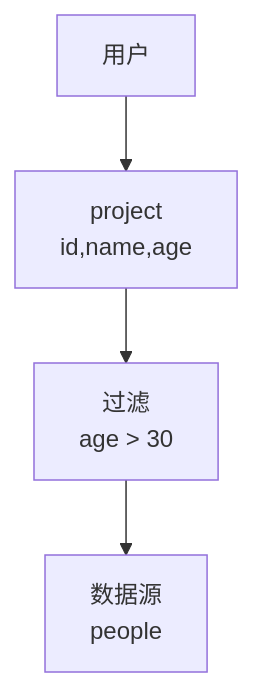
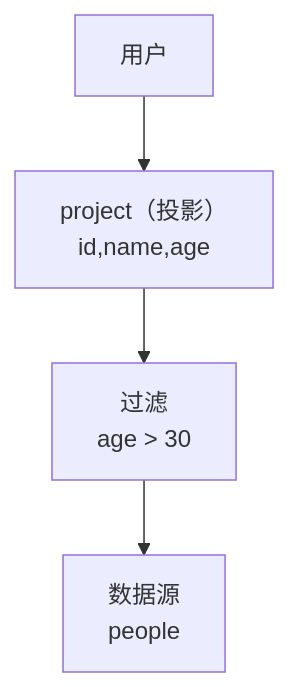
Before and after one commit to 0x822a5b87/test-calcite: the fourth of 7 diagrams in README.md, drawn with Mermaid. The commit also changed other lines of this file and 5 other files, not shown here.

````diff
--- a/README.md
+++ b/README.md
@@ -295,11 +455,11 @@
 ```mermaid
 flowchart TD
 	user[用户]
-	project[project\nid,name,age]
+	project["project（投影）\nid,name,age"]
 	filter[过滤\nage > 30]
 	data[数据源\npeople]
 
 user --> project
 project --> filter
 filter --> data
 ```
````
